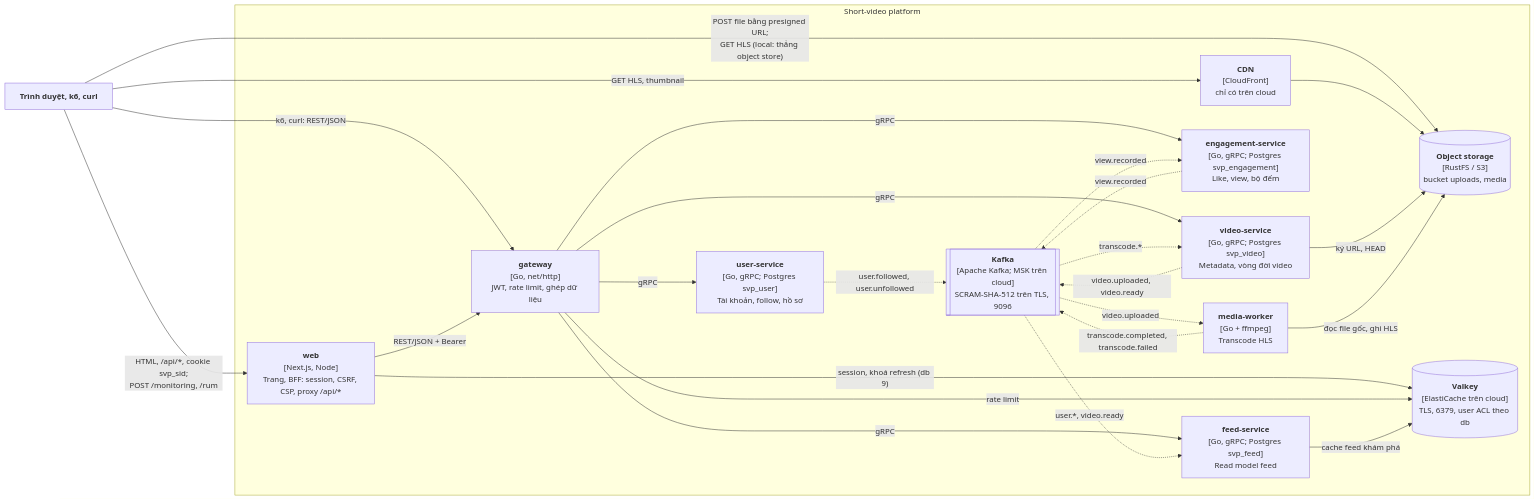
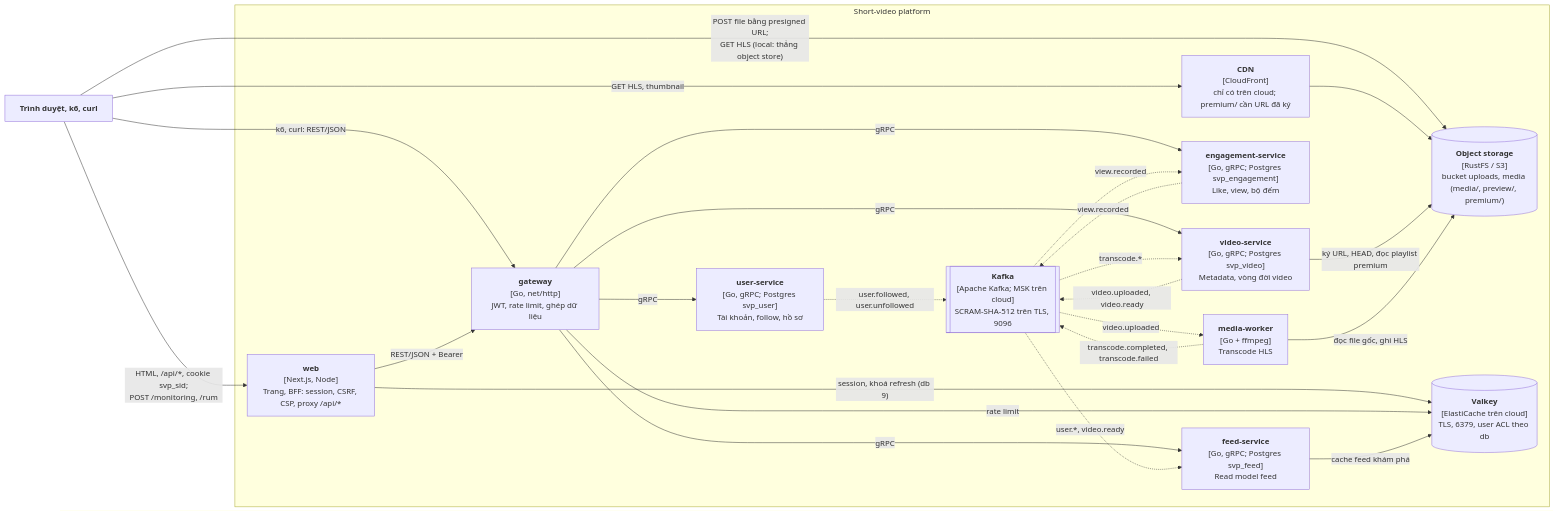
One commit to anhnvcoder/svp-backend changed the second of 4 diagrams in docs/architecture.md. Above: the diagram before and after it, drawn with Mermaid. The commit also changed other lines of this file and 101 other files, not shown here.

First line of the commit message:
feat: premium videos with signed CloudFront playback

````diff
--- a/docs/architecture.md
+++ b/docs/architecture.md
@@ -105,44 +105,44 @@
 ```mermaid
 flowchart LR
     browser["<b>Trình duyệt, k6, curl</b>"]
     subgraph svp["Short-video platform"]
         web["<b>web</b><br/>[Next.js, Node]<br/>Trang, BFF: session, CSRF, CSP, proxy /api/*"]
         gw["<b>gateway</b><br/>[Go, net/http]<br/>JWT, rate limit, ghép dữ liệu"]
         us["<b>user-service</b><br/>[Go, gRPC; Postgres svp_user]<br/>Tài khoản, follow, hồ sơ"]
         vs["<b>video-service</b><br/>[Go, gRPC; Postgres svp_video]<br/>Metadata, vòng đời video"]
         mw["<b>media-worker</b><br/>[Go + ffmpeg]<br/>Transcode HLS"]
         es["<b>engagement-service</b><br/>[Go, gRPC; Postgres svp_engagement]<br/>Like, view, bộ đếm"]
         fs["<b>feed-service</b><br/>[Go, gRPC; Postgres svp_feed]<br/>Read model feed"]
         bus[["<b>Kafka</b><br/>[Apache Kafka; MSK trên cloud]<br/>SCRAM-SHA-512 trên TLS, 9096"]]
-        obj[("<b>Object storage</b><br/>[RustFS / S3]<br/>bucket uploads, media")]
-        cdn["<b>CDN</b><br/>[CloudFront]<br/>chỉ có trên cloud"]
+        obj[("<b>Object storage</b><br/>[RustFS / S3]<br/>bucket uploads, media (media/, preview/, premium/)")]
+        cdn["<b>CDN</b><br/>[CloudFront]<br/>chỉ có trên cloud; premium/ cần URL đã ký"]
         redis[("<b>Valkey</b><br/>[ElastiCache trên cloud]<br/>TLS, 6379, user ACL theo db")]
     end
 
     browser -->|"HTML, /api/*, cookie svp_sid;<br/>POST /monitoring, /rum"| web
     browser -->|"POST file bằng presigned URL;<br/>GET HLS (local: thẳng object store)"| obj
     browser -->|"GET HLS, thumbnail"| cdn
     browser -->|"k6, curl: REST/JSON"| gw
     web -->|"REST/JSON + Bearer"| gw
     web -->|"session, khoá refresh (db 9)"| redis
     cdn --> obj
 
     gw -->|"rate limit"| redis
     gw -->|gRPC| us
     gw -->|gRPC| vs
     gw -->|gRPC| es
     gw -->|gRPC| fs
 
-    vs -->|"ký URL, HEAD"| obj
+    vs -->|"ký URL, HEAD, đọc playlist premium"| obj
     mw -->|"đọc file gốc, ghi HLS"| obj
     fs -->|"cache feed khám phá"| redis
 
     us -.->|"user.followed, user.unfollowed"| bus
     vs -.->|"video.uploaded, video.ready"| bus
     bus -.->|"video.uploaded"| mw
     mw -.->|"transcode.completed, transcode.failed"| bus
     bus -.->|"transcode.*"| vs
     es -.->|"view.recorded"| bus
     bus -.->|"view.recorded"| es
     bus -.->|"user.*, video.ready"| fs
 ```
````
